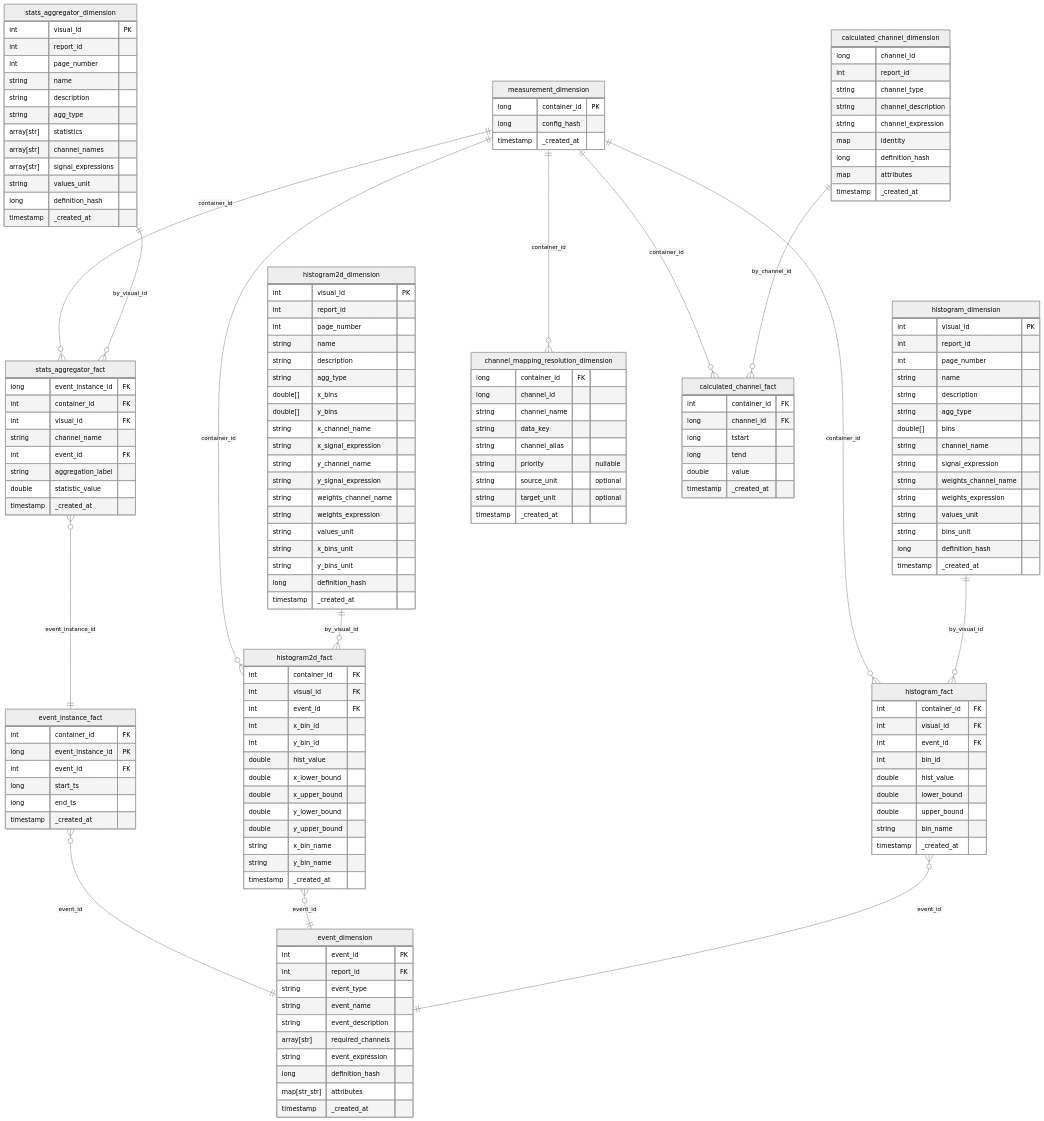
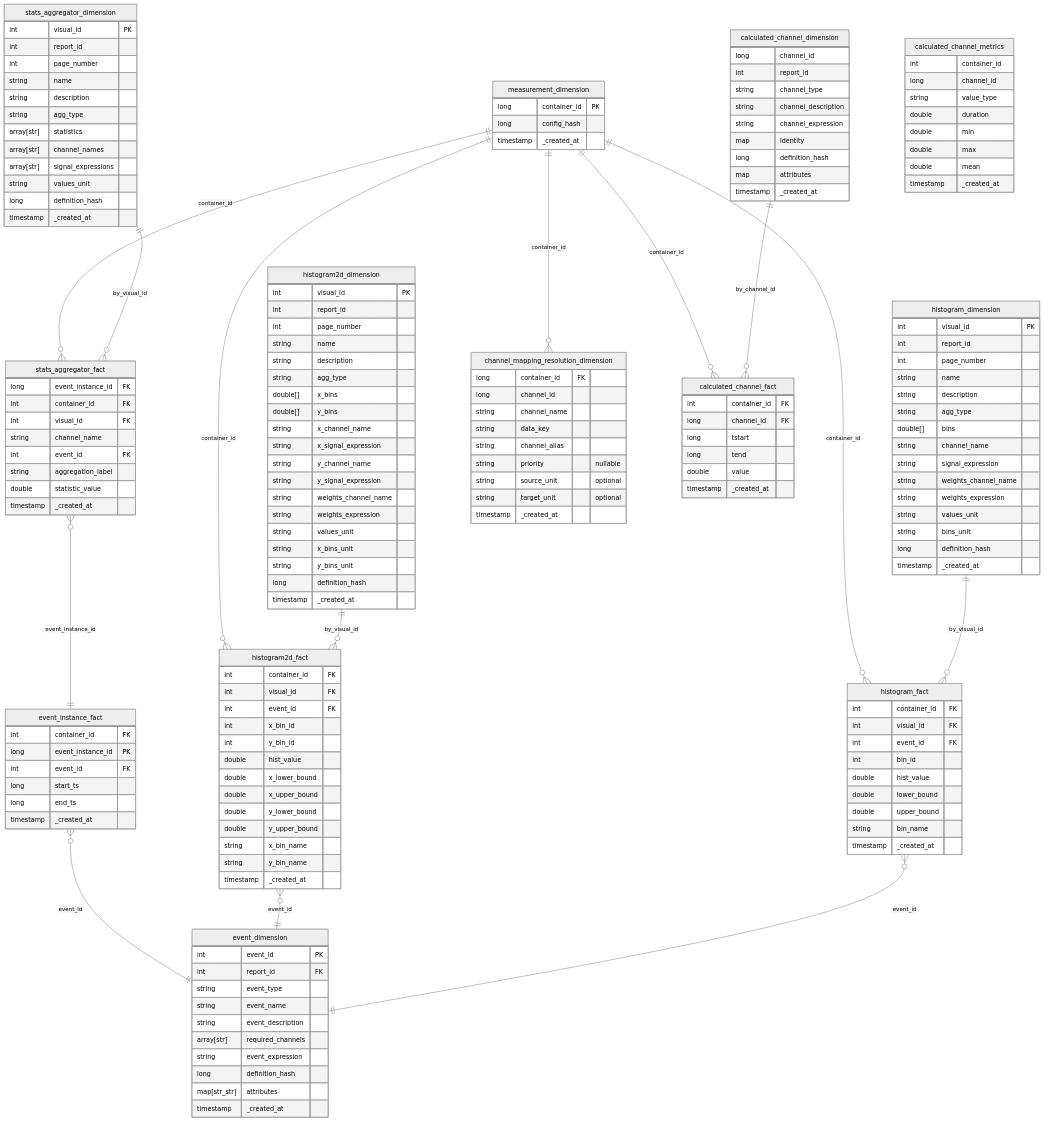
Before and after one commit to databrickslabs/impulse: the diagram in docs/impulse/docs/data_model/gold_layer_event_normalized.md, drawn with Mermaid (neutral theme). The commit also changed other lines of this file and 23 other files, not shown here.

First line of the commit message:
Add optional calculated_channel_metrics table with configurable KPIs (#73)

```diff
--- a/docs/impulse/docs/data_model/gold_layer_event_normalized.md
+++ b/docs/impulse/docs/data_model/gold_layer_event_normalized.md
@@ -186,6 +186,17 @@
     timestamp _created_at
 }
 
+calculated_channel_metrics {
+    int container_id
+    long channel_id
+    string value_type
+    double duration
+    double min
+    double max
+    double mean
+    timestamp _created_at
+}
+
 histogram_fact }o--|| event_dimension: event_id
 histogram2d_fact }o--|| event_dimension: event_id
 stats_aggregator_fact }o--|| event_instance_fact: event_instance_id
```
